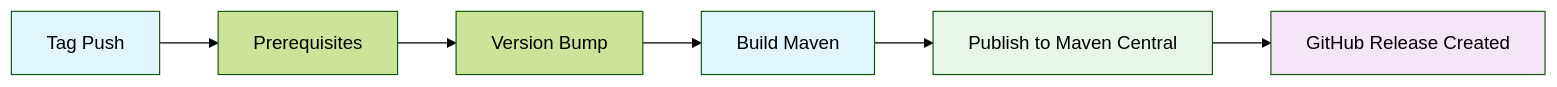
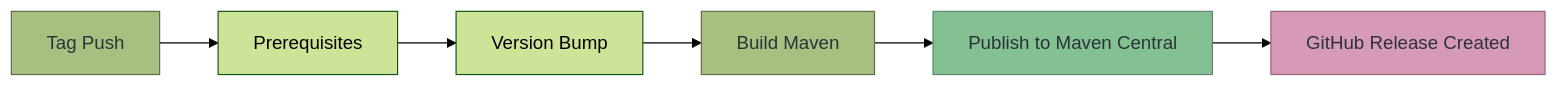
Before and after one commit to diggsweden/reusable-ci: the fourth of 6 diagrams in docs/workflows.md, drawn with Mermaid (forest theme). The commit also changed other lines of this file and 17 other files, not shown here.

````diff
--- a/docs/workflows.md
+++ b/docs/workflows.md
@@ -130,13 +109,13 @@
 ```mermaid
 graph LR
     A[Tag Push] --> B[Prerequisites]
     B --> C[Version Bump]
     C --> D[Build Maven]
     D --> E[Publish to Maven Central]
     E --> F[GitHub Release Created]
 
-    style A fill:#e1f5ff
-    style D fill:#e1f5ff
-    style E fill:#e8f5e9
-    style F fill:#f3e5f5
+    style A fill:#a7c080,stroke:#5c6a4a,color:#2b3339
+    style D fill:#a7c080,stroke:#5c6a4a,color:#2b3339
+    style E fill:#83c092,stroke:#5c856a,color:#2b3339
+    style F fill:#d699b6,stroke:#93647c,color:#2b3339
 ```
````
